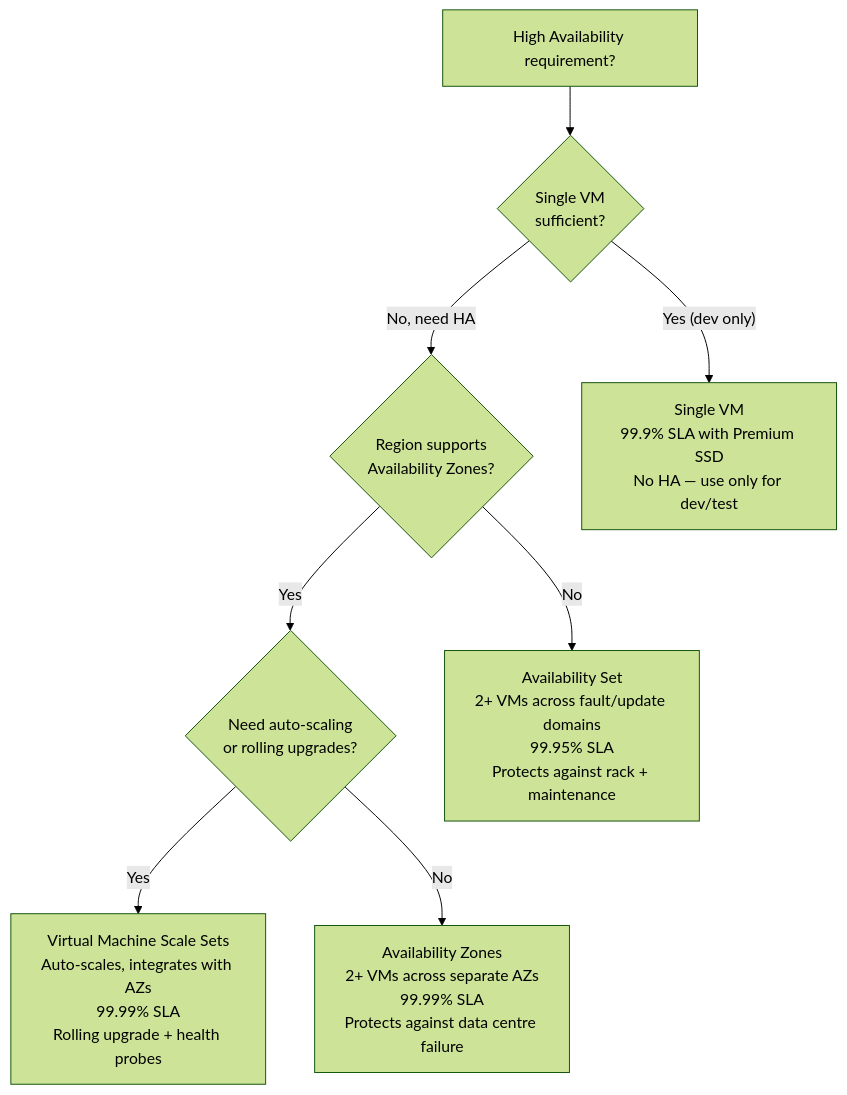
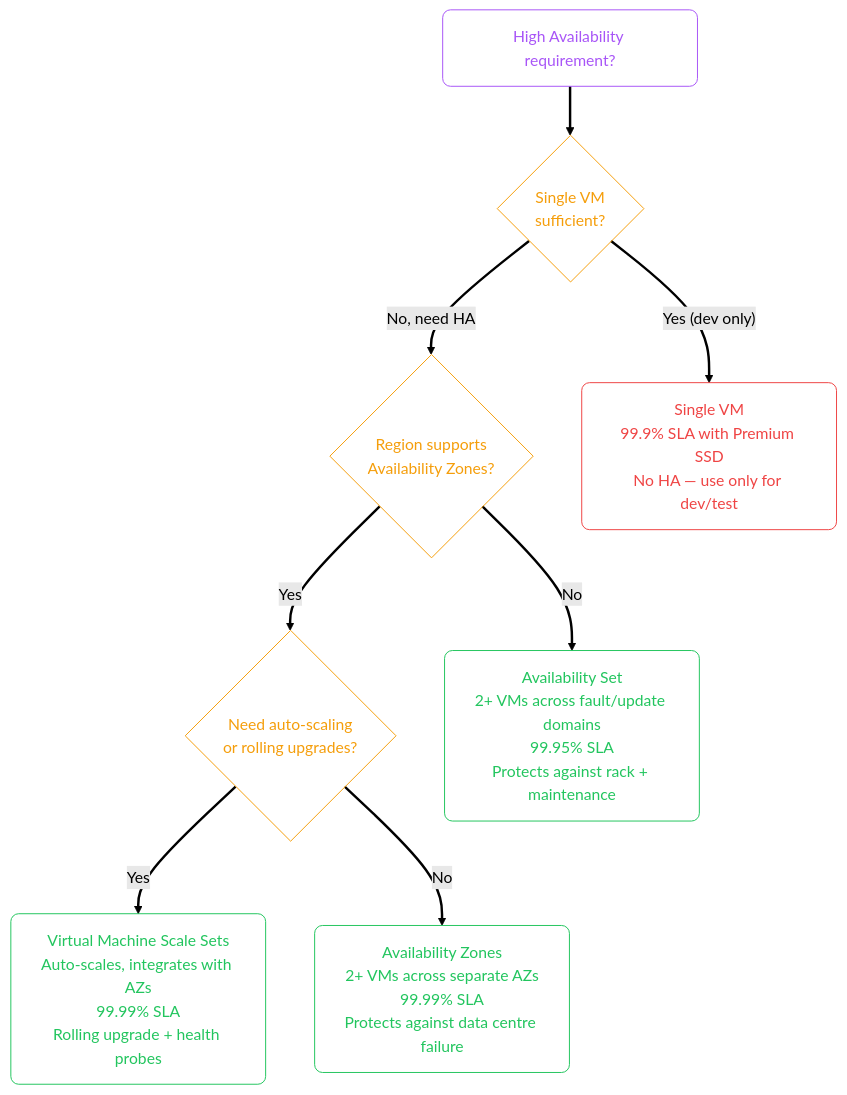
The third of 6 diagrams in src/content/cloud/azure/02-intro-vms.mdx (zafarale/cloudification), drawn with Mermaid (forest theme) before and after one commit. The commit also changed other lines of this file and 84 other files, not shown here.

````diff
--- a/src/content/cloud/azure/02-intro-vms.mdx
+++ b/src/content/cloud/azure/02-intro-vms.mdx
@@ -126,21 +140,29 @@
 ```mermaid
 flowchart TD
-    HA["High Availability requirement?"]
+    accTitle: Availability Options
+    accDescr: Flowchart (td) showing High Availability requirement, Single VM sufficient, Region supports Availability Zones
+    classDef step fill:none,stroke:#a855f7,color:#a855f7,rx:8,ry:8
+    classDef ok   fill:none,stroke:#22c55e,color:#22c55e,rx:8,ry:8
+    classDef fail fill:none,stroke:#ef4444,color:#ef4444,rx:8,ry:8
+    classDef decesion fill:none,stroke:#f59e0b,color:#f59e0b,rx:8,ry:8
+    linkStyle default stroke-width:2.5px
 
-    SINGLE{"Single VM\nsufficient?"}
-    AZ_SUPP{"Region supports\nAvailability Zones?"}
-    SCALE{"Need auto-scaling\nor rolling upgrades?"}
+    HA["High Availability requirement?"]:::step
 
-    NONE["Single VM\n99.9% SLA with Premium SSD\nNo HA — use only for dev/test"]
-    AS["Availability Set\n2+ VMs across fault/update domains\n99.95% SLA\nProtects against rack + maintenance"]
-    AZ["Availability Zones\n2+ VMs across separate AZs\n99.99% SLA\nProtects against data centre failure"]
-    VMSS["Virtual Machine Scale Sets\nAuto-scales, integrates with AZs\n99.99% SLA\nRolling upgrade + health probes"]
+    SINGLE{"Single VM<br/>sufficient?"}:::decesion
+    AZ_SUPP{"Region supports<br/>Availability Zones?"}:::decesion
+    SCALE{"Need auto-scaling<br/>or rolling upgrades?"}:::decesion
+
+    NONE["Single VM<br/>99.9% SLA with Premium SSD<br/>No HA — use only for dev/test"]:::fail
+    AS["Availability Set<br/>2+ VMs across fault/update domains<br/>99.95% SLA<br/>Protects against rack + maintenance"]:::ok
+    AZ["Availability Zones<br/>2+ VMs across separate AZs<br/>99.99% SLA<br/>Protects against data centre failure"]:::ok
+    VMSS["Virtual Machine Scale Sets<br/>Auto-scales, integrates with AZs<br/>99.99% SLA<br/>Rolling upgrade + health probes"]:::ok
 
     HA --> SINGLE
     SINGLE -- "Yes (dev only)" --> NONE
     SINGLE -- "No, need HA" --> AZ_SUPP
     AZ_SUPP -- "Yes" --> SCALE
     AZ_SUPP -- "No" --> AS
     SCALE -- "Yes" --> VMSS
     SCALE -- "No" --> AZ
 ```
````
